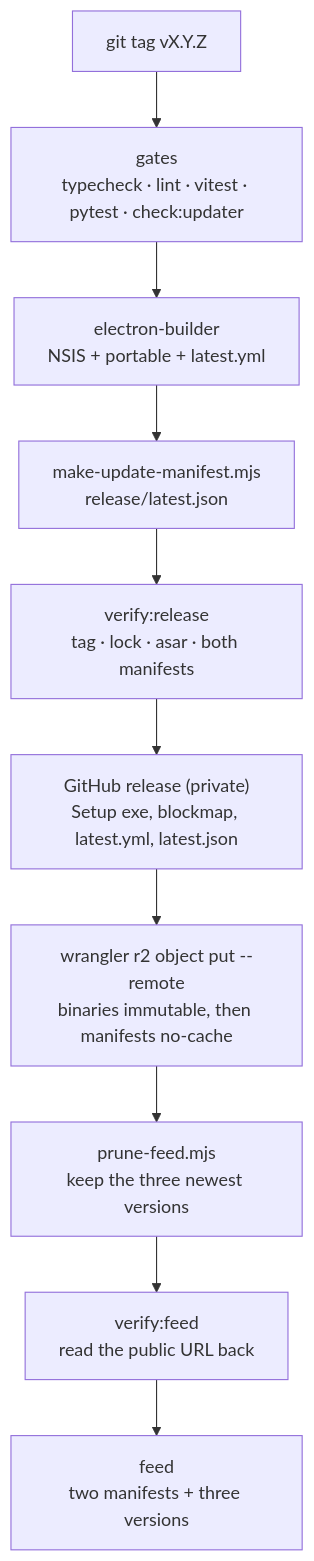
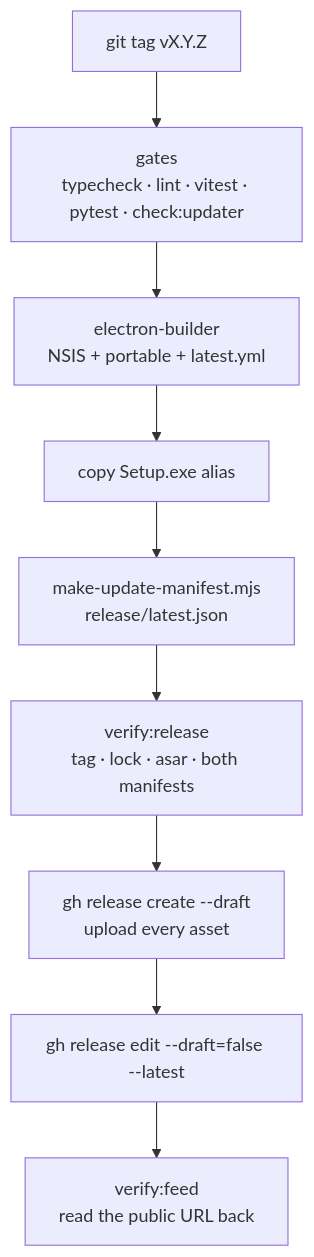
One commit to yassine808/RiotSwitcher changed the first of 3 diagrams in docs/UPDATES.md. Above: the diagram before and after it, drawn with Mermaid. The commit also changed other lines of this file and 18 other files, not shown here.

First line of the commit message:
Switch auto-updates from Cloudflare R2 to GitHub Releases

````diff
--- a/docs/UPDATES.md
+++ b/docs/UPDATES.md
@@ -86,12 +73,11 @@
 ```mermaid
 flowchart TD
   T["git tag vX.Y.Z"] --> GATE["gates<br/>typecheck · lint · vitest · pytest · check:updater"]
   GATE --> PACK["electron-builder<br/>NSIS + portable + latest.yml"]
-  PACK --> MAN["make-update-manifest.mjs<br/>release/latest.json"]
+  PACK --> ALIAS["copy Setup.exe alias"]
+  ALIAS --> MAN["make-update-manifest.mjs<br/>release/latest.json"]
   MAN --> VERIFY["verify:release<br/>tag · lock · asar · both manifests"]
-  VERIFY --> GH["GitHub release (private)<br/>Setup exe, blockmap, latest.yml, latest.json"]
-  GH --> R2["wrangler r2 object put --remote<br/>binaries immutable, then manifests no-cache"]
-  R2 --> PRUNE["prune-feed.mjs<br/>keep the three newest versions"]
-  PRUNE --> CHECK["verify:feed<br/>read the public URL back"]
-  CHECK --> FEED["feed<br/>two manifests + three versions"]
+  VERIFY --> DRAFT["gh release create --draft<br/>upload every asset"]
+  DRAFT --> PUB["gh release edit --draft=false --latest"]
+  PUB --> CHECK["verify:feed<br/>read the public URL back"]
 ```
````
